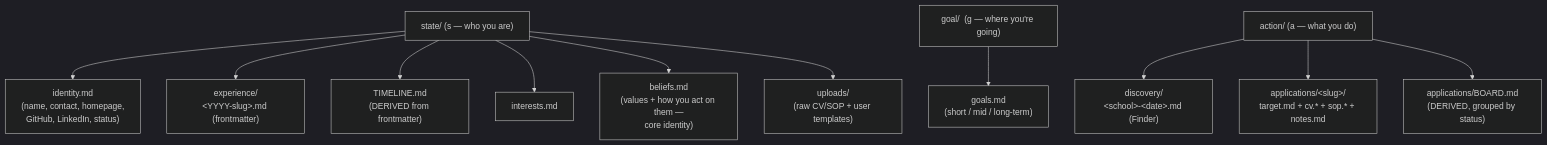
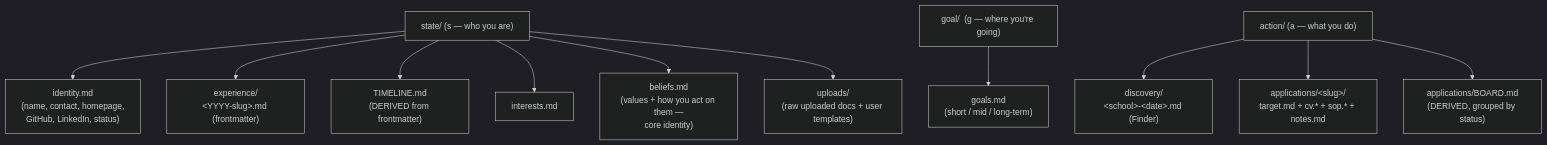
The third of 7 diagrams in .jg/prd-career-planner-card.md (junggyubae/career-planner), drawn with Mermaid (dark theme) before and after one commit. The commit also changed other lines of this file, not shown here.

````diff
--- a/.jg/prd-career-planner-card.md
+++ b/.jg/prd-career-planner-card.md
@@ -126,18 +126,18 @@
 ```mermaid
 flowchart TD
     S["state/  (s — who you are)"]
     S --> ID["identity.md<br/>(name, contact, homepage,<br/>GitHub, LinkedIn, status)"]
     S --> EXP["experience/<br/>&lt;YYYY-slug&gt;.md (frontmatter)"]
     S --> TL["TIMELINE.md<br/>(DERIVED from frontmatter)"]
     S --> INT["interests.md"]
     S --> BEL["beliefs.md<br/>(values + how you act on them —<br/>core identity)"]
-    S --> UP["uploads/<br/>(raw CV/SOP + user templates)"]
+    S --> UP["uploads/<br/>(raw uploaded docs + user templates)"]
 
     G["goal/  (g — where you're going)"]
     G --> GO["goals.md<br/>(short / mid / long-term)"]
 
     A["action/  (a — what you do)"]
     A --> DIS["discovery/<br/>&lt;school&gt;-&lt;date&gt;.md (Finder)"]
     A --> APP["applications/&lt;slug&gt;/<br/>target.md + cv.* + sop.* + notes.md"]
     A --> BRD["applications/BOARD.md<br/>(DERIVED, grouped by status)"]
 ```
````
